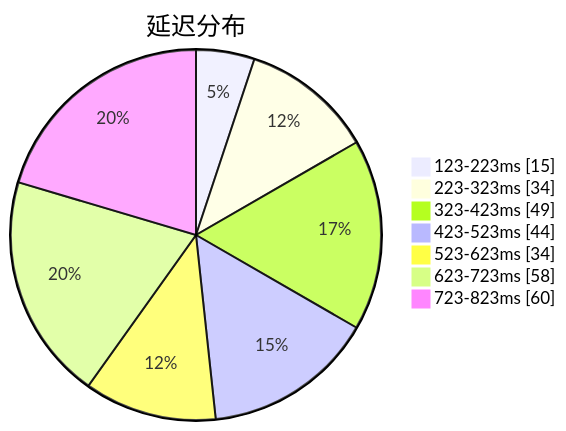
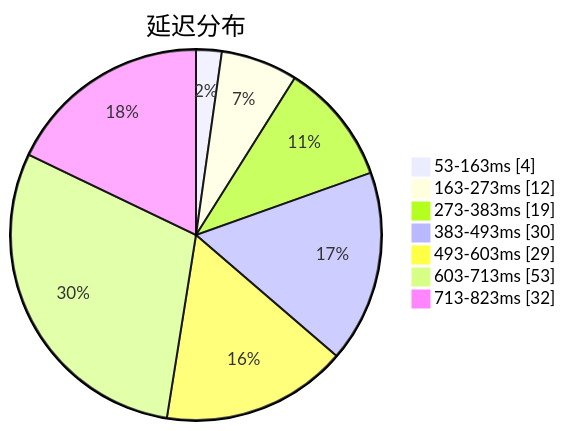
Before and after one commit to sinspired/airport: the first of 3 diagrams in subs/statistics/tested_within.md, drawn with Mermaid. The commit also changed other lines of this file and 2 other files, not shown here.

````diff
--- a/subs/statistics/tested_within.md
+++ b/subs/statistics/tested_within.md
@@ -2,11 +2,11 @@
 ```mermaid
 pie showData
 title 延迟分布
-"123-223ms" : 15
-"223-323ms" : 34
-"323-423ms" : 49
-"423-523ms" : 44
-"523-623ms" : 34
-"623-723ms" : 58
-"723-823ms" : 60
+"53-163ms" : 4
+"163-273ms" : 12
+"273-383ms" : 19
+"383-493ms" : 30
+"493-603ms" : 29
+"603-713ms" : 53
+"713-823ms" : 32
 ```
````
